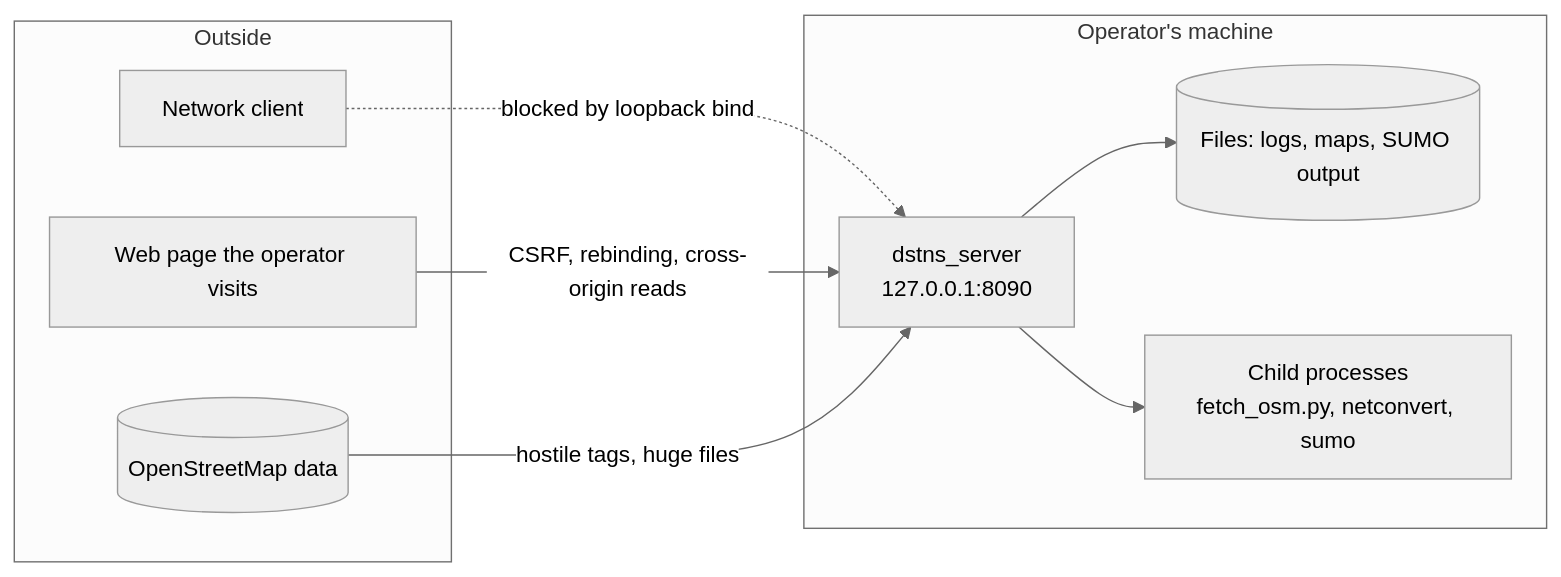
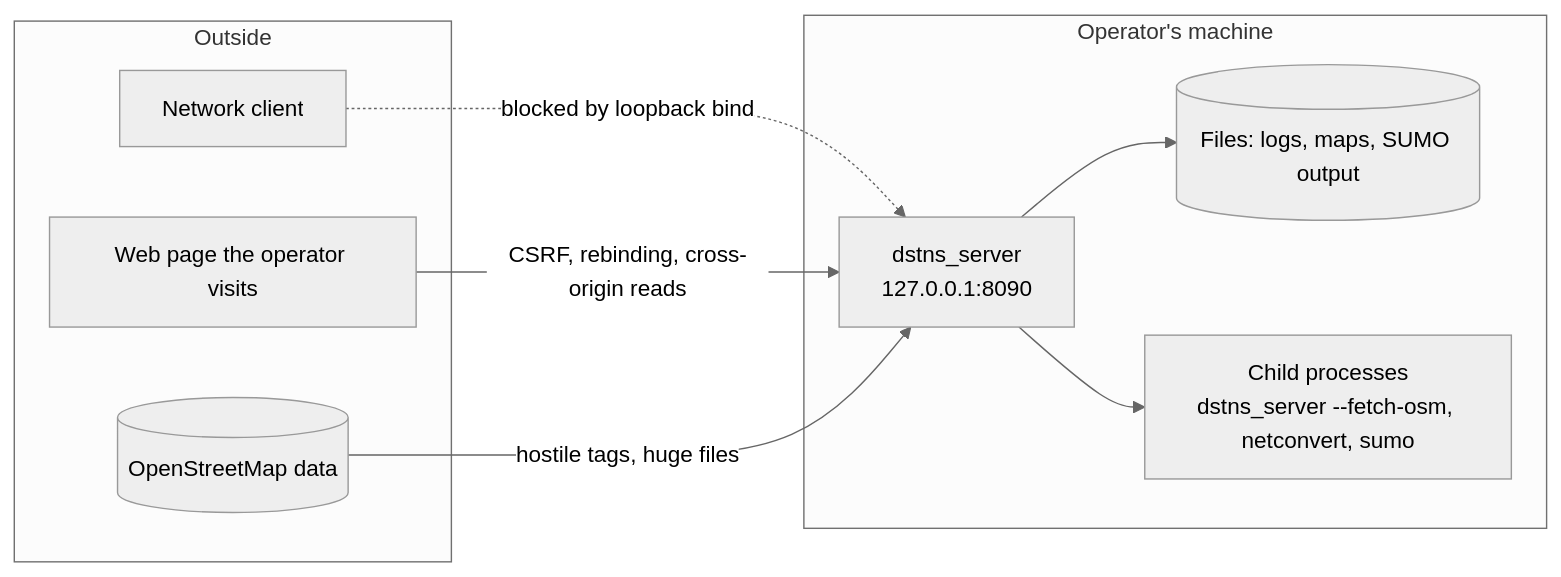
The first of 2 diagrams in docs/deployment/security.md (varunkarthic/DSTNS), drawn with Mermaid (neutral theme) before and after one commit. The commit also changed other lines of this file and 29 other files, not shown here.

````diff
--- a/docs/deployment/security.md
+++ b/docs/deployment/security.md
@@ -20,18 +20,18 @@
 ```mermaid
 flowchart LR
     subgraph Outside
         N["Network client"]
         W["Web page the operator visits"]
         O[("OpenStreetMap data")]
     end
     subgraph Host["Operator's machine"]
         S["dstns_server<br/>127.0.0.1:8090"]
         F[("Files: logs, maps, SUMO output")]
-        X["Child processes<br/>fetch_osm.py, netconvert, sumo"]
+        X["Child processes<br/>dstns_server --fetch-osm, netconvert, sumo"]
     end
     N -. "blocked by loopback bind" .-> S
     W -- "CSRF, rebinding, cross-origin reads" --> S
     O -- "hostile tags, huge files" --> S
     S --> X
     S --> F
 ```
````
